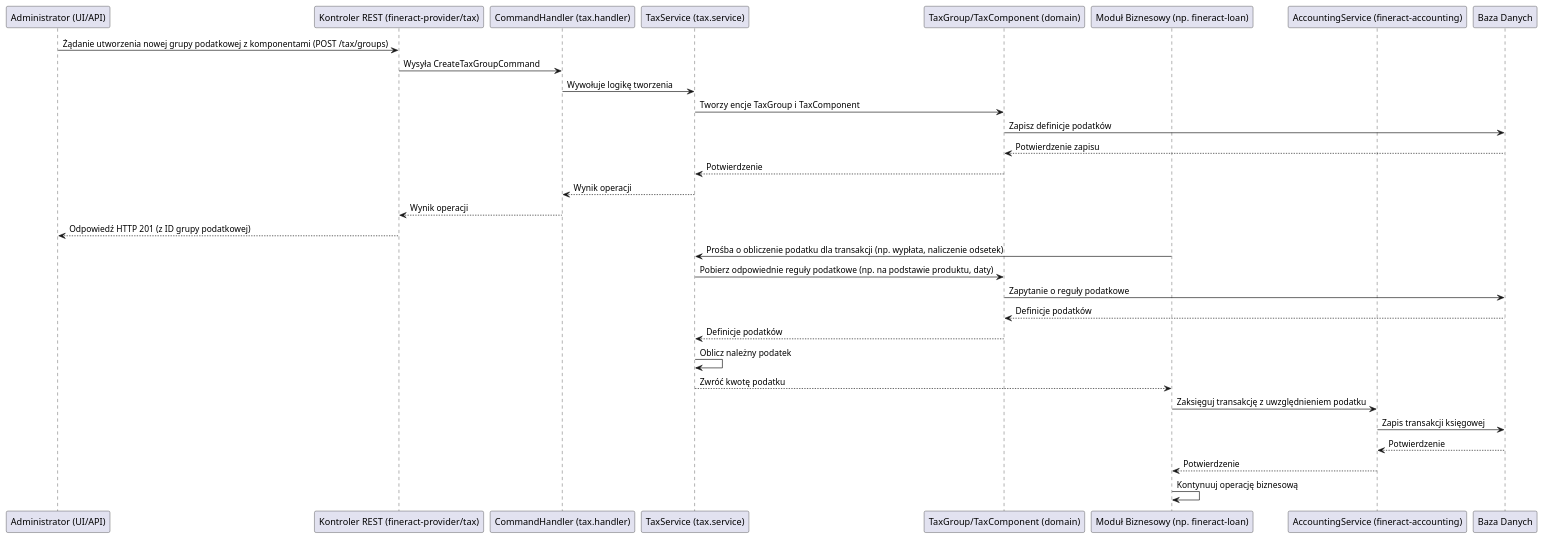
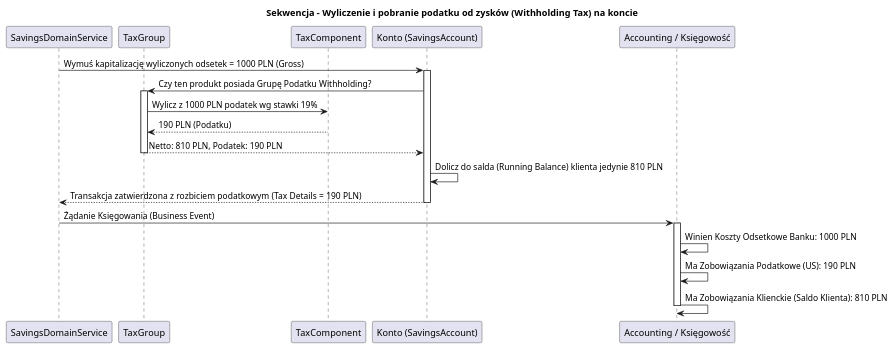
The second of 2 diagrams in docs/fineract-tax.md (mrkwjck/fineract), drawn with PlantUML before and after one commit. The commit also changed other lines of this file and 36 other files, not shown here.

````diff
--- a/docs/fineract-tax.md
+++ b/docs/fineract-tax.md
@@ -25,36 +46,31 @@
 ```plantuml
 @startuml
-participant "Administrator (UI/API)" as Admin
-participant "Kontroler REST (fineract-provider/tax)" as TaxController
-participant "CommandHandler (tax.handler)" as TaxCommandHandler
-participant "TaxService (tax.service)" as TaxService
-participant "TaxGroup/TaxComponent (domain)" as TaxEntities
-participant "Moduł Biznesowy (np. fineract-loan)" as BusinessModule
-participant "AccountingService (fineract-accounting)" as AccountingService
-participant "Baza Danych" as Database
+title Sekwencja - Wyliczenie i pobranie podatku od zysków (Withholding Tax) na koncie
 
-Admin -> TaxController: Żądanie utworzenia nowej grupy podatkowej z komponentami (POST /tax/groups)
-TaxController -> TaxCommandHandler: Wysyła CreateTaxGroupCommand
-TaxCommandHandler -> TaxService: Wywołuje logikę tworzenia
-TaxService -> TaxEntities: Tworzy encje TaxGroup i TaxComponent
-TaxEntities -> Database: Zapisz definicje podatków
-Database --> TaxEntities: Potwierdzenie zapisu
-TaxEntities --> TaxService: Potwierdzenie
-TaxService --> TaxCommandHandler: Wynik operacji
-TaxCommandHandler --> TaxController: Wynik operacji
-TaxController --> Admin: Odpowiedź HTTP 201 (z ID grupy podatkowej)
+participant "SavingsDomainService" as savings
+participant "TaxGroup" as tax_group
+participant "TaxComponent" as tax_comp
+participant "Konto (SavingsAccount)" as account
+participant "Accounting / Księgowość" as acc
 
-BusinessModule -> TaxService: Prośba o obliczenie podatku dla transakcji (np. wypłata, naliczenie odsetek)
-TaxService -> TaxEntities: Pobierz odpowiednie reguły podatkowe (np. na podstawie produktu, daty)
-TaxEntities -> Database: Zapytanie o reguły podatkowe
-Database --> TaxEntities: Definicje podatków
-TaxEntities --> TaxService: Definicje podatków
-TaxService -> TaxService: Oblicz należny podatek
-TaxService --> BusinessModule: Zwróć kwotę podatku
-BusinessModule -> AccountingService: Zaksięguj transakcję z uwzględnieniem podatku
-AccountingService -> Database: Zapis transakcji księgowej
-Database --> AccountingService: Potwierdzenie
-AccountingService --> BusinessModule: Potwierdzenie
-BusinessModule -> BusinessModule: Kontynuuj operację biznesową
+savings -> account: Wymuś kapitalizację wyliczonych odsetek = 1000 PLN (Gross)
+activate account
+account -> tax_group: Czy ten produkt posiada Grupę Podatku Withholding?
+activate tax_group
+tax_group -> tax_comp: Wylicz z 1000 PLN podatek wg stawki 19%
+tax_comp --> tax_group: 190 PLN (Podatku)
+tax_group --> account: Netto: 810 PLN, Podatek: 190 PLN
+deactivate tax_group
+
+account -> account: Dolicz do salda (Running Balance) klienta jedynie 810 PLN
+account --> savings: Transakcja zatwierdzona z rozbiciem podatkowym (Tax Details = 190 PLN)
+deactivate account
+
+savings -> acc: Żądanie Księgowania (Business Event)
+activate acc
+acc -> acc: Winien Koszty Odsetkowe Banku: 1000 PLN
+acc -> acc: Ma Zobowiązania Podatkowe (US): 190 PLN
+acc -> acc: Ma Zobowiązania Klienckie (Saldo Klienta): 810 PLN
+deactivate acc
 @enduml
 ```
````
